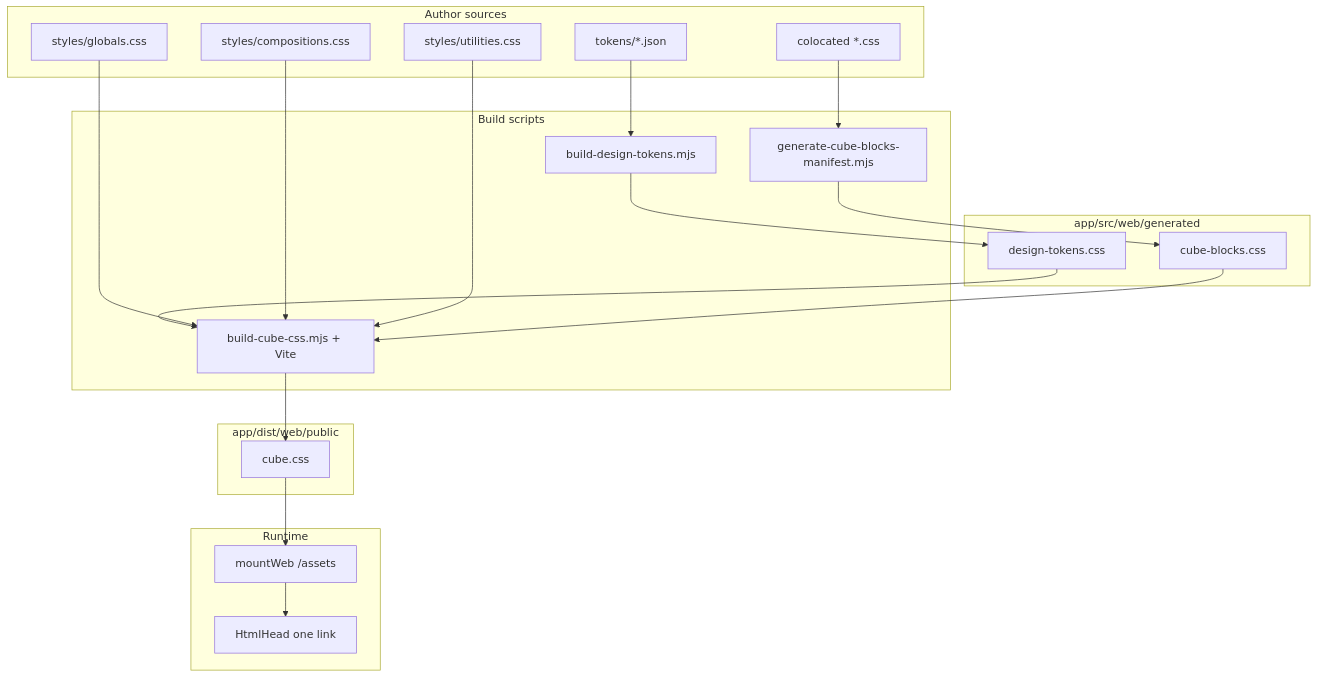
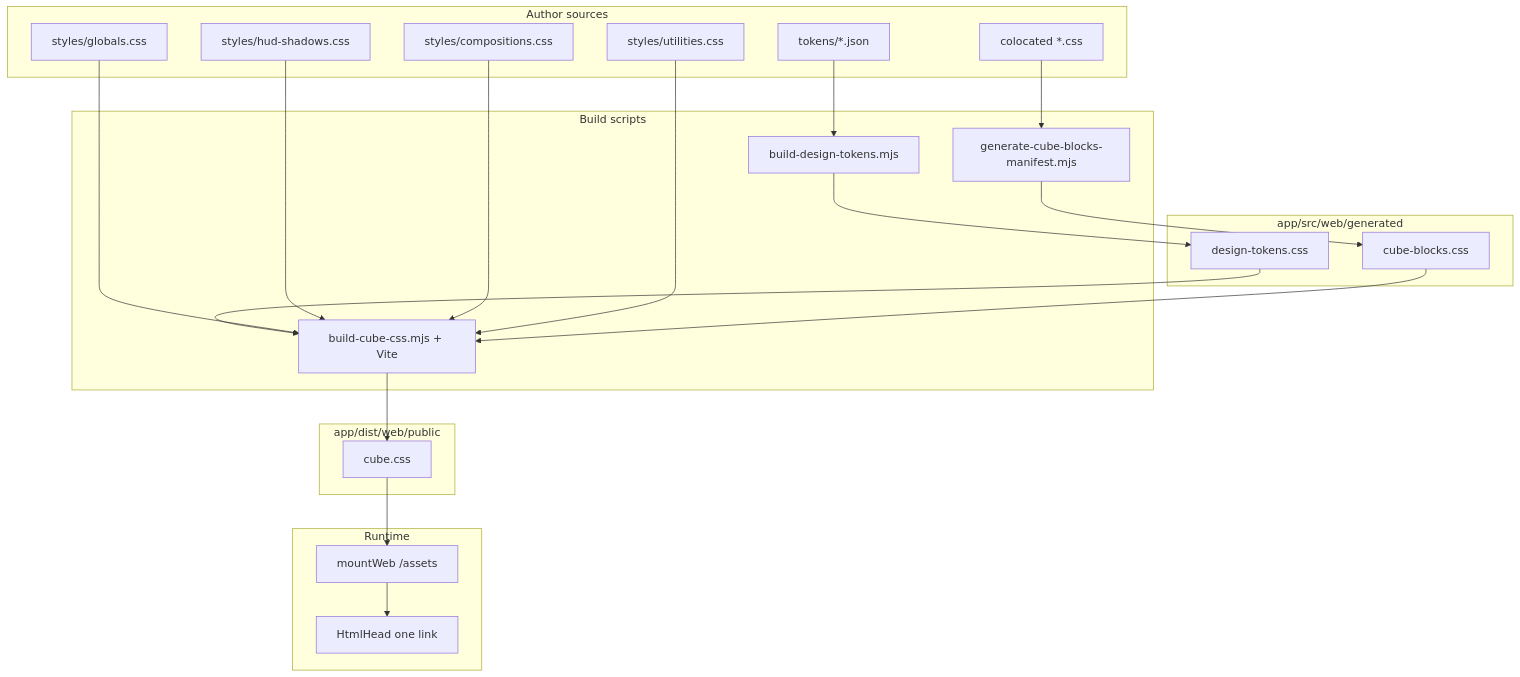
The diagram in .cursor/skills/css-build/SKILL.md (Off-Nominal/ndb2), drawn with Mermaid before and after one commit. The commit also changed other lines of this file and 13 other files, not shown here.

````diff
--- a/.cursor/skills/css-build/SKILL.md
+++ b/.cursor/skills/css-build/SKILL.md
@@ -14,36 +15,38 @@
 ```mermaid
 flowchart TB
   subgraph sources [Author sources]
     TJ[tokens/*.json]
     SG[styles/globals.css]
+    SH[styles/hud-shadows.css]
     SC[styles/compositions.css]
     SU[styles/utilities.css]
     BC[colocated *.css]
   end
   subgraph generated [app/src/web/generated]
     TD[design-tokens.css]
     CB[cube-blocks.css]
   end
   subgraph scripts [Build scripts]
     BT[build-design-tokens.mjs]
     GM[generate-cube-blocks-manifest.mjs]
     VC[build-cube-css.mjs + Vite]
   end
   subgraph distPublic [app/dist/web/public]
     CU[cube.css]
   end
   TJ --> BT --> TD
   BC --> GM --> CB
   TD --> VC
   SG --> VC
+  SH --> VC
   SC --> VC
   SU --> VC
   CB --> VC
   VC --> CU
   subgraph runtime [Runtime]
     MW[mountWeb /assets]
     HH[HtmlHead one link]
   end
   CU --> MW
   MW --> HH
 ```
````
